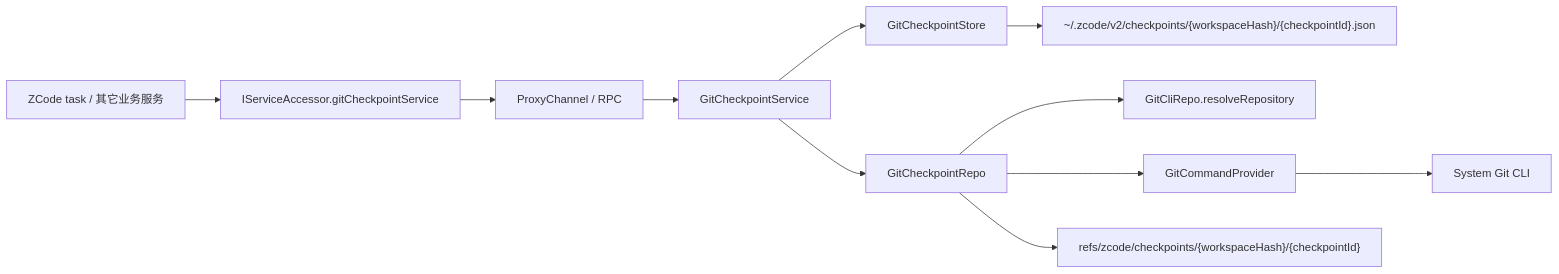
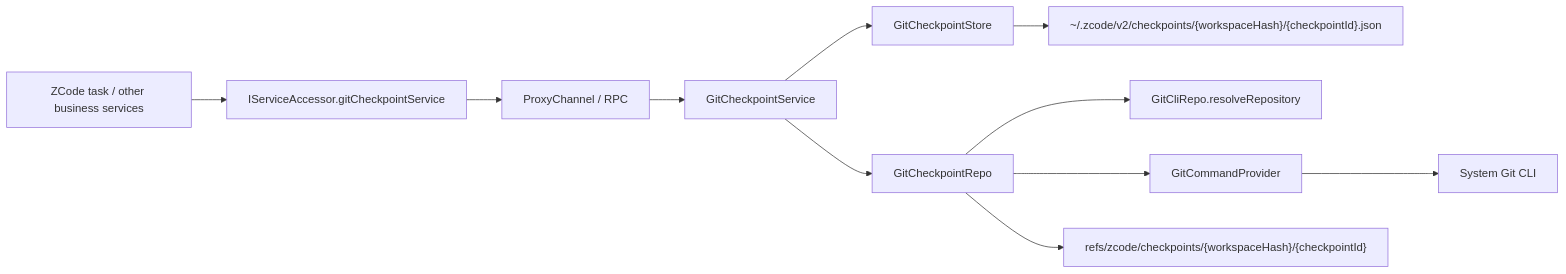
The diagram in docs/git/checkpoint-service-foundation.md (osben/ZCode), drawn with Mermaid before and after one commit. The commit also changed other lines of this file and 21 other files, not shown here.

````diff
--- a/docs/git/checkpoint-service-foundation.md
+++ b/docs/git/checkpoint-service-foundation.md
@@ -87,13 +87,13 @@
 ```mermaid
 flowchart LR
-  Client["ZCode task / 其它业务服务"] --> Accessor["IServiceAccessor.gitCheckpointService"]
+  Client["ZCode task / other business services"] --> Accessor["IServiceAccessor.gitCheckpointService"]
   Accessor --> RPC["ProxyChannel / RPC"]
   RPC --> Service["GitCheckpointService"]
   Service --> Store["GitCheckpointStore"]
   Service --> Repo["GitCheckpointRepo"]
   Repo --> GitRepo["GitCliRepo.resolveRepository"]
   Repo --> Cmd["GitCommandProvider"]
   Cmd --> GitCLI["System Git CLI"]
   Store --> Manifest["~/.zcode/v2/checkpoints/{workspaceHash}/{checkpointId}.json"]
   Repo --> HiddenRef["refs/zcode/checkpoints/{workspaceHash}/{checkpointId}"]
 ```
````
